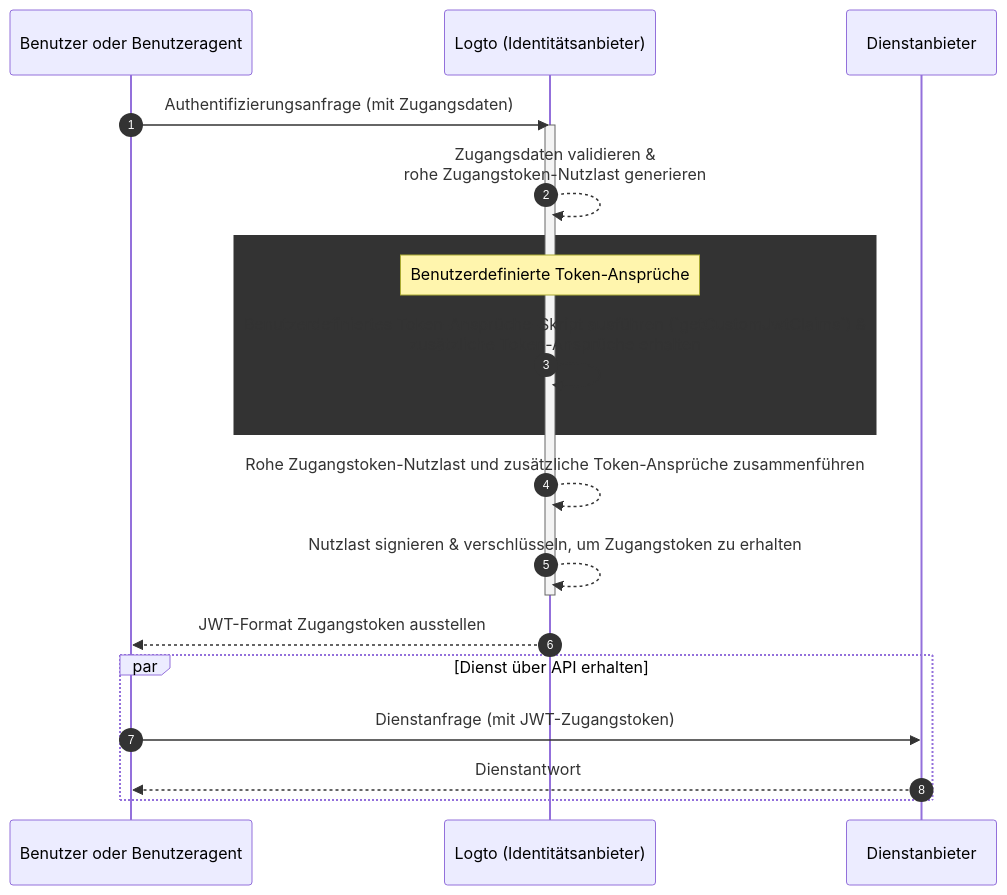
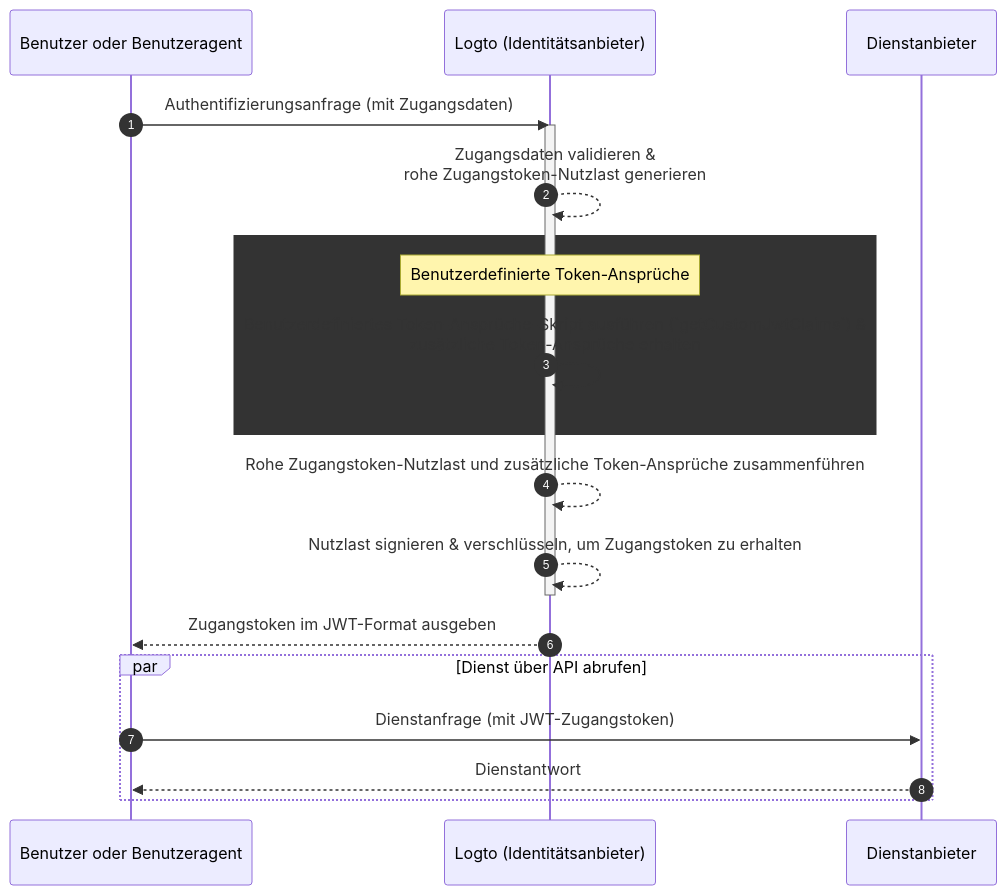
Before and after one commit to logto-io/docs: the diagram in i18n/de/docusaurus-plugin-content-docs/current/developers/custom-token-claims/README.mdx, drawn with Mermaid. The commit also changed other lines of this file and 17 other files, not shown here.

````diff
--- a/i18n/de/docusaurus-plugin-content-docs/current/developers/custom-token-claims/README.mdx
+++ b/i18n/de/docusaurus-plugin-content-docs/current/developers/custom-token-claims/README.mdx
@@ -26,23 +26,23 @@
 ```mermaid
 sequenceDiagram
   participant U as Benutzer oder Benutzeragent
   participant IdP as Logto (Identitätsanbieter)
   participant SP as Dienstanbieter
 
   autonumber
   U ->> IdP: Authentifizierungsanfrage (mit Zugangsdaten)
   activate IdP
   IdP-->>IdP: Zugangsdaten validieren &<br/>rohe Zugangstoken-Nutzlast generieren
   rect var(--mermaid-rect-fill)
   note over IdP: Benutzerdefinierte Token-Ansprüche
   IdP->>IdP: Benutzerdefiniertes Token-Ansprüche-Skript ausführen (`getCustomJwtClaims`) &<br/>zusätzliche Token-Ansprüche erhalten
   end
   IdP-->>IdP: Rohe Zugangstoken-Nutzlast und zusätzliche Token-Ansprüche zusammenführen
   IdP-->>IdP: Nutzlast signieren & verschlüsseln, um Zugangstoken zu erhalten
   deactivate IdP
-  IdP-->>U: JWT-Format Zugangstoken ausstellen
-  par Dienst über API erhalten
+  IdP-->>U: Zugangstoken im JWT-Format ausgeben
+  par Dienst über API abrufen
   U->>SP: Dienstanfrage (mit JWT-Zugangstoken)
   SP-->>U: Dienstantwort
   end
 ```
````
